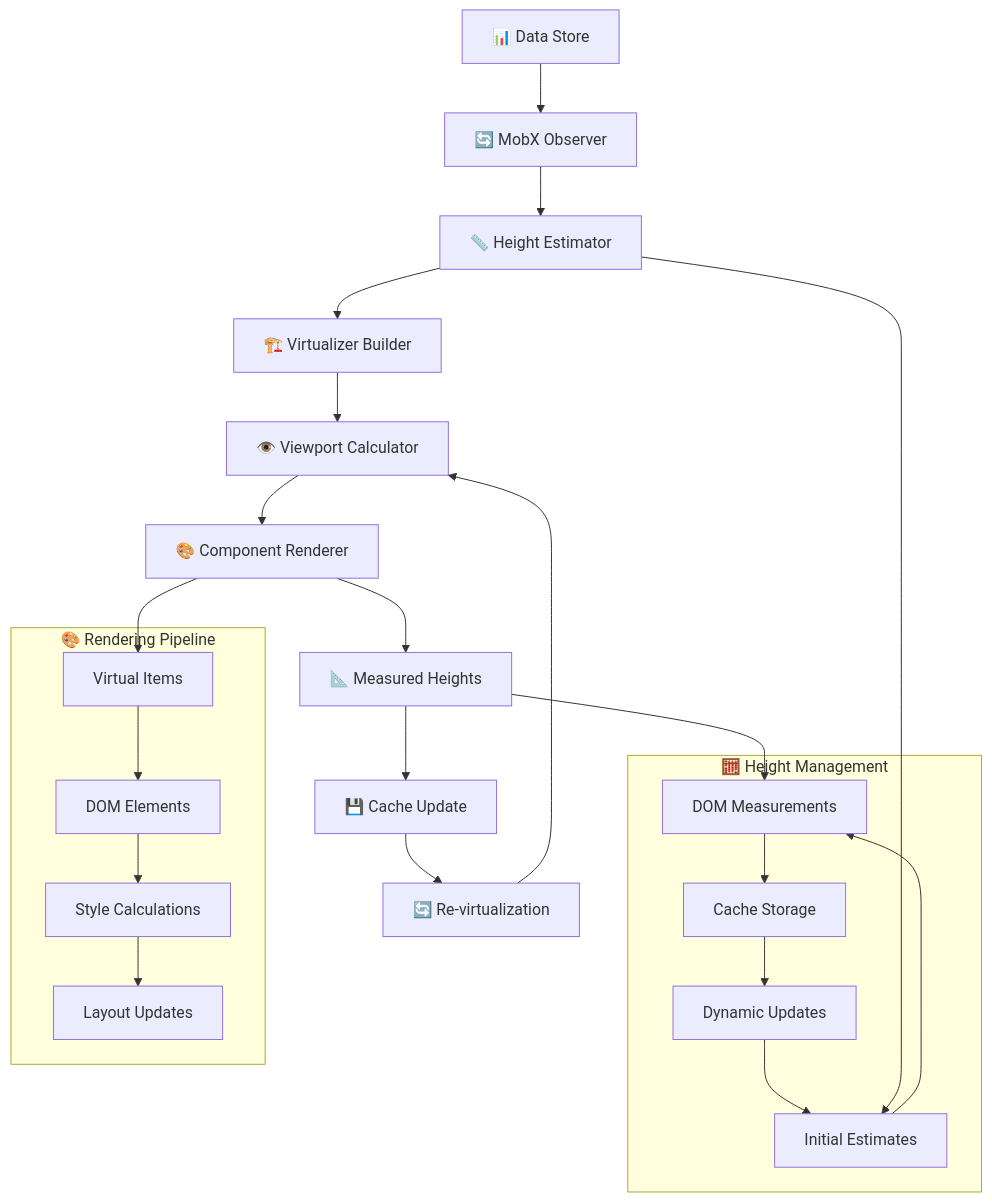
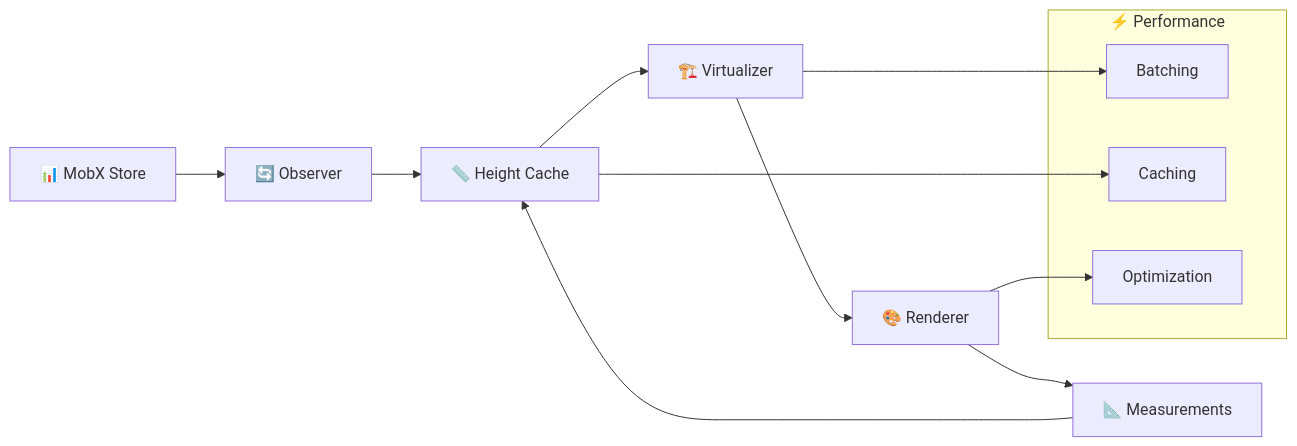
One commit to lsthisloss/spa-comments changed the diagram in README.md. Above: the diagram before and after it, drawn with Mermaid. The commit also changed other lines of this file, not shown here.

````diff
--- a/README.md
+++ b/README.md
@@ -364,39 +73,19 @@
 ```mermaid
-flowchart TD
-    A[📊 Data Store] --> B[🔄 MobX Observer]
-    B --> C[📏 Height Estimator]
-    C --> D[🏗️ Virtualizer Builder]
-    D --> E[👁️ Viewport Calculator]
-    E --> F[🎨 Component Renderer]
-    F --> G[📐 Measured Heights]
-    G --> H[💾 Cache Update]
-    H --> I[🔄 Re-virtualization]
-    I --> E
-
-    subgraph "🧮 Height Management"
-        C1[Initial Estimates]
-        C2[DOM Measurements]
-        C3[Cache Storage]
-        C4[Dynamic Updates]
-        
-        C1 --> C2
-        C2 --> C3
-        C3 --> C4
-        C4 --> C1
+flowchart LR
+    A[📊 MobX Store] --> B[🔄 Observer]
+    B --> C[📏 Height Cache]
+    C --> D[🏗️ Virtualizer]
+    D --> E[🎨 Renderer]
+    E --> F[📐 Measurements]
+    F --> C
+    
+    subgraph "⚡ Performance"
+        G[Batching]
+        H[Caching]
+        I[Optimization]
     end
-
-    subgraph "🎨 Rendering Pipeline"
-        F1[Virtual Items]
-        F2[DOM Elements]
-        F3[Style Calculations]
-        F4[Layout Updates]
-        
-        F1 --> F2
-        F2 --> F3
-        F3 --> F4
-    end
-
-    C --> C1
-    F --> F1
-    G --> C2
+    
+    D --> G
+    C --> H
+    E --> I
 ```
````
